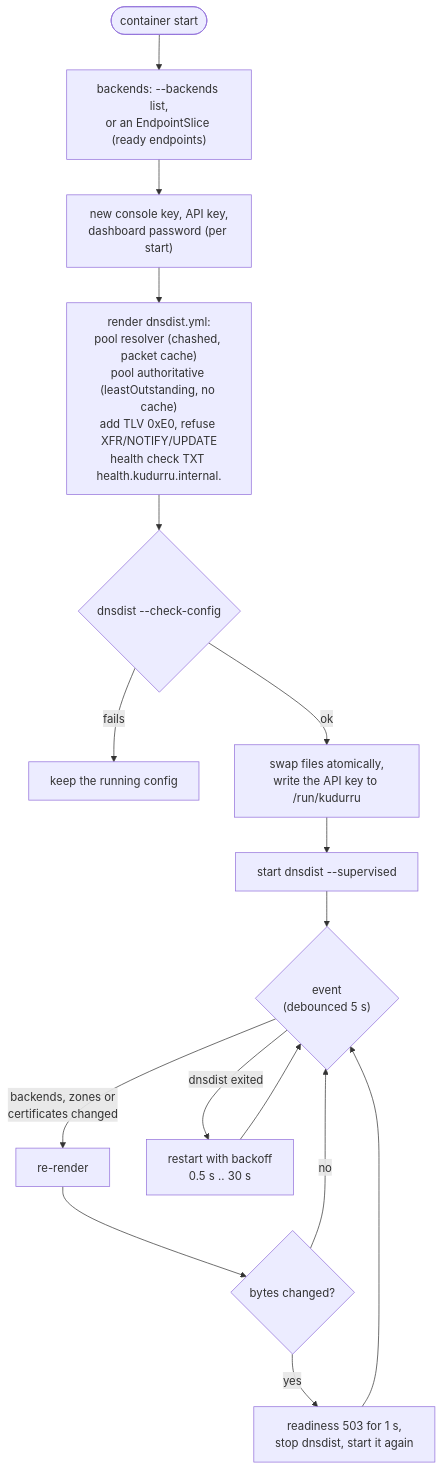
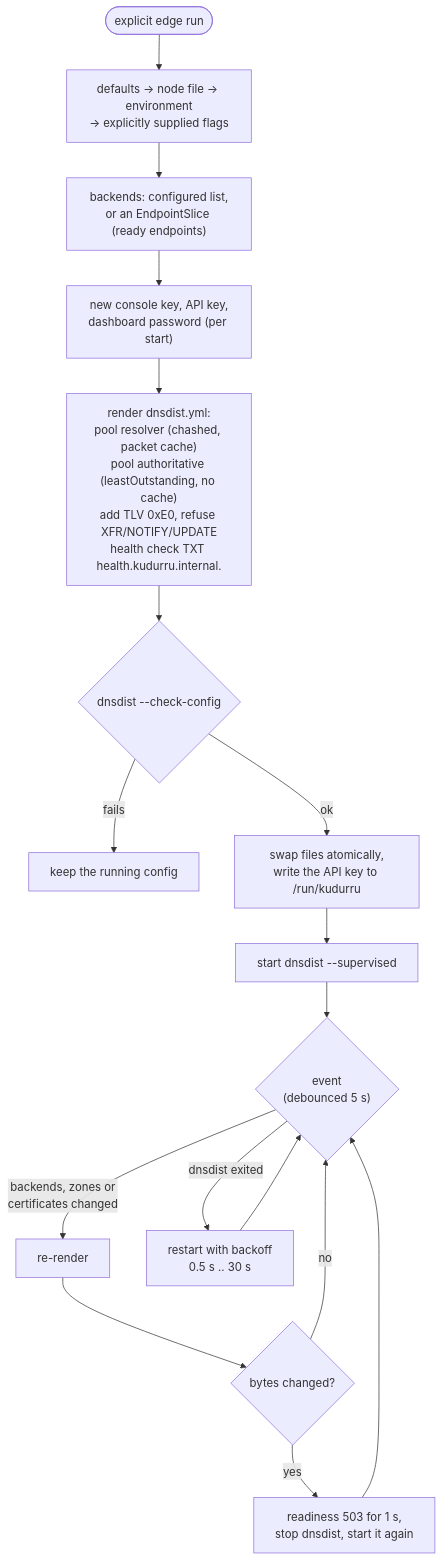
The first of 3 diagrams in docs/architecture/deployment.md (robertherbaugh/kudurru), drawn with Mermaid before and after one commit. The commit also changed other lines of this file and 7 other files, not shown here.

````diff
--- a/docs/architecture/deployment.md
+++ b/docs/architecture/deployment.md
@@ -106,18 +132,19 @@
 ```mermaid
 flowchart TD
-    START(["container start"]) --> MEM["backends: --backends list,<br/>or an EndpointSlice (ready endpoints)"]
+    START(["explicit edge run"]) --> HOST["defaults → node file → environment<br/>→ explicitly supplied flags"]
+    HOST --> MEM["backends: configured list,<br/>or an EndpointSlice (ready endpoints)"]
     MEM --> CRED["new console key, API key,<br/>dashboard password (per start)"]
     CRED --> REN["render dnsdist.yml:<br/>pool resolver (chashed, packet cache)<br/>pool authoritative (leastOutstanding, no cache)<br/>add TLV 0xE0, refuse XFR/NOTIFY/UPDATE<br/>health check TXT health.kudurru.internal."]
     REN --> CHK{"dnsdist --check-config"}
     CHK -- "fails" --> KEEP["keep the running config"]
     CHK -- "ok" --> SWAP["swap files atomically,<br/>write the API key to /run/kudurru"]
     SWAP --> EXEC["start dnsdist --supervised"]
     EXEC --> LOOP{"event<br/>(debounced 5 s)"}
     LOOP -- "backends, zones or<br/>certificates changed" --> REN2["re-render"]
     REN2 --> DIFF{"bytes changed?"}
     DIFF -- "no" --> LOOP
     DIFF -- "yes" --> RST["readiness 503 for 1 s,<br/>stop dnsdist, start it again"]
     RST --> LOOP
     LOOP -- "dnsdist exited" --> BO["restart with backoff<br/>0.5 s .. 30 s"]
     BO --> LOOP
 ```
````
